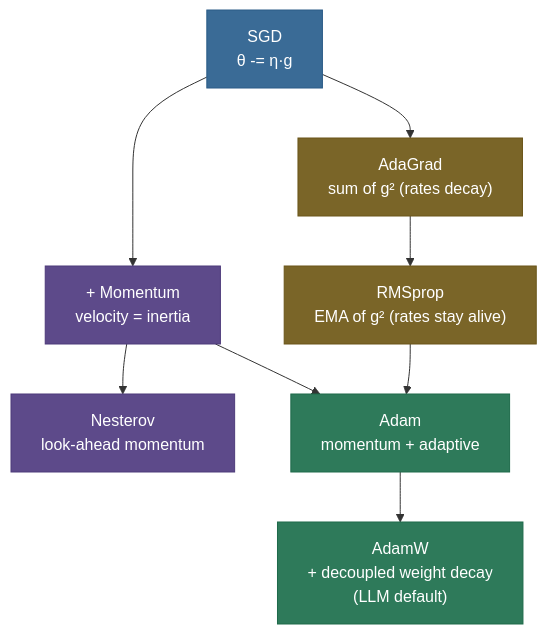
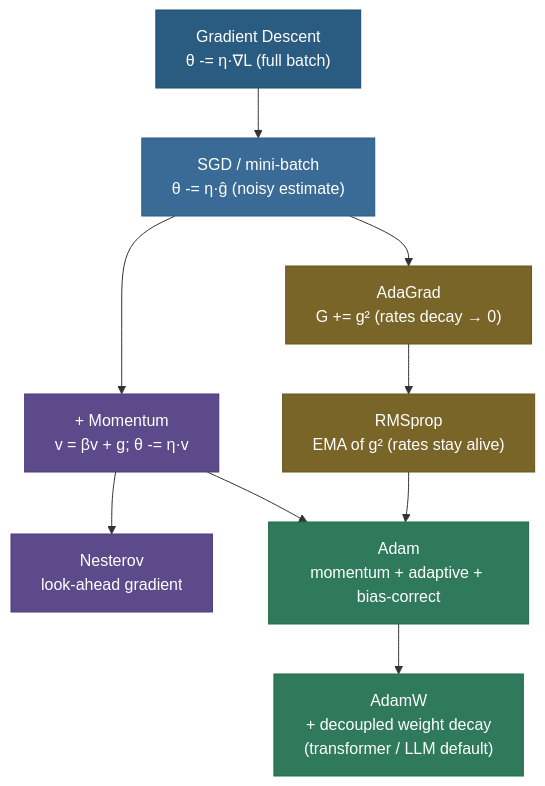
The second of 4 diagrams in 05. Deep_Learning/concepts/07-Optimizers.md (sudhir13s/AI-ML-learning-resources), drawn with Mermaid before and after one commit. The commit also changed other lines of this file and 9 other files, not shown here.

````diff
--- a/05. Deep_Learning/concepts/07-Optimizers.md
+++ b/05. Deep_Learning/concepts/07-Optimizers.md
@@ -72,15 +136,17 @@
 ```mermaid
 graph TD
-    SGD["SGD<br/>θ -= η·g"]:::data --> MOM["+ Momentum<br/>velocity = inertia"]:::process
-    MOM --> NAG["Nesterov<br/>look-ahead momentum"]:::process
-    SGD --> ADA["AdaGrad<br/>sum of g² (rates decay)"]:::amber
-    ADA --> RMS["RMSprop<br/>EMA of g² (rates stay alive)"]:::amber
-    MOM --> ADAM["Adam<br/>momentum + adaptive"]:::out
+    GD["Gradient Descent<br/>θ -= η·∇L (full batch)"]:::navy --> SGD["SGD / mini-batch<br/>θ -= η·ĝ (noisy estimate)"]:::data
+    SGD --> MOM["+ Momentum<br/>v = βv + g;  θ -= η·v"]:::process
+    MOM --> NAG["Nesterov<br/>look-ahead gradient"]:::process
+    SGD --> ADA["AdaGrad<br/>G += g²  (rates decay → 0)"]:::amber
+    ADA --> RMS["RMSprop<br/>EMA of g²  (rates stay alive)"]:::amber
+    MOM --> ADAM["Adam<br/>momentum + adaptive + bias-correct"]:::out
     RMS --> ADAM
-    ADAM --> ADAMW["AdamW<br/>+ decoupled weight decay<br/>(LLM default)"]:::out
+    ADAM --> ADAMW["AdamW<br/>+ decoupled weight decay<br/>(transformer / LLM default)"]:::out
 
+    classDef navy fill:#2A5B80,stroke:#1A4B70,color:#fff
     classDef data fill:#3A6B96,stroke:#2A5B86,color:#fff
     classDef process fill:#5D4A8A,stroke:#4D3A7A,color:#fff
     classDef amber fill:#7A6528,stroke:#6A5518,color:#fff
     classDef out fill:#2E7A5A,stroke:#1E6A4A,color:#fff
 ```
````
